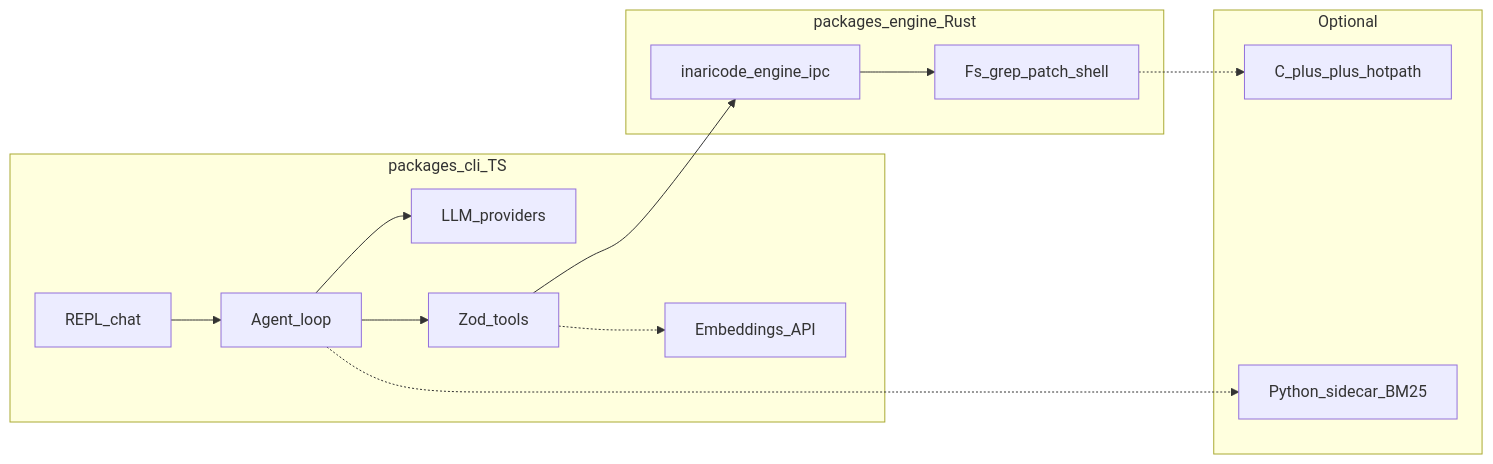
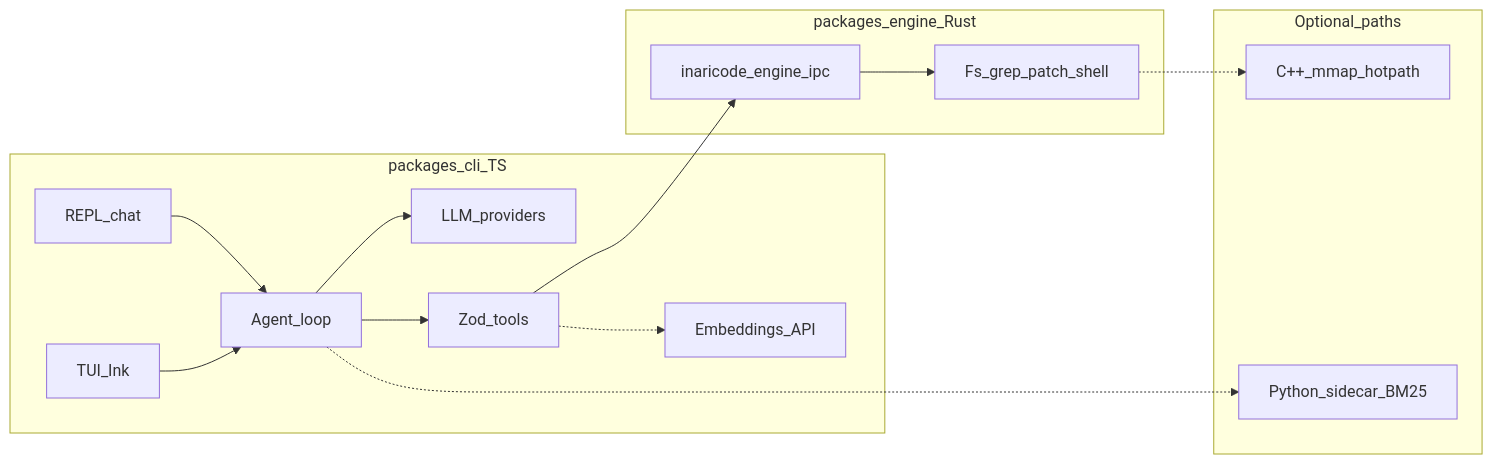
Before and after one commit to kyuna0312/inaricode: the diagram in docs/plan/inari-code-plan.md, drawn with Mermaid. The commit also changed other lines of this file and 3 other files, not shown here.

````diff
--- a/docs/plan/inari-code-plan.md
+++ b/docs/plan/inari-code-plan.md
@@ -58,26 +83,28 @@
 ```mermaid
 flowchart LR
   subgraph driver [packages_cli_TS]
     REPL[REPL_chat]
+    TUI[TUI_Ink]
     Agent[Agent_loop]
     LLM[LLM_providers]
     Zod[Zod_tools]
     Emb[Embeddings_API]
   end
   subgraph engine [packages_engine_Rust]
     IPC[inaricode_engine_ipc]
     FS[Fs_grep_patch_shell]
   end
-  subgraph later [Optional]
+  subgraph optional [Optional_paths]
     Py[Python_sidecar_BM25]
-    Cpp[C_plus_plus_hotpath]
+    Cpp[C++_mmap_hotpath]
   end
   REPL --> Agent
+  TUI --> Agent
   Agent --> LLM
   Agent --> Zod
   Zod --> IPC
   Zod -.-> Emb
   IPC --> FS
   Agent -.-> Py
   FS -.-> Cpp
 ```
````
